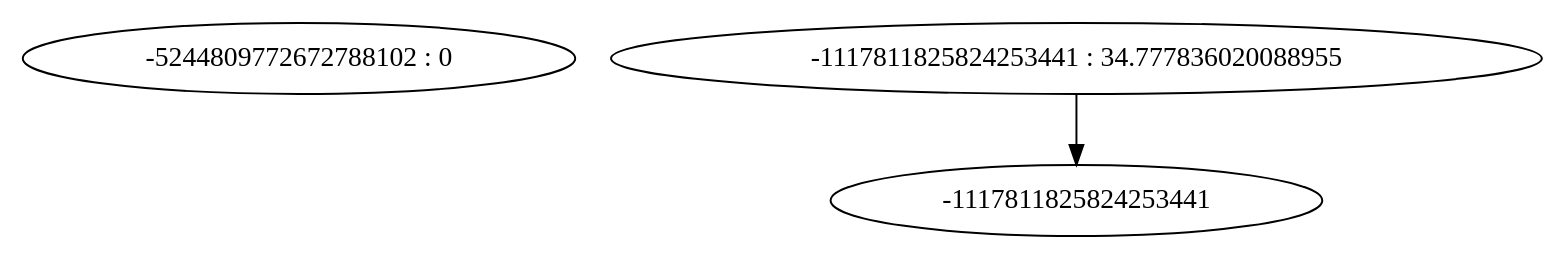
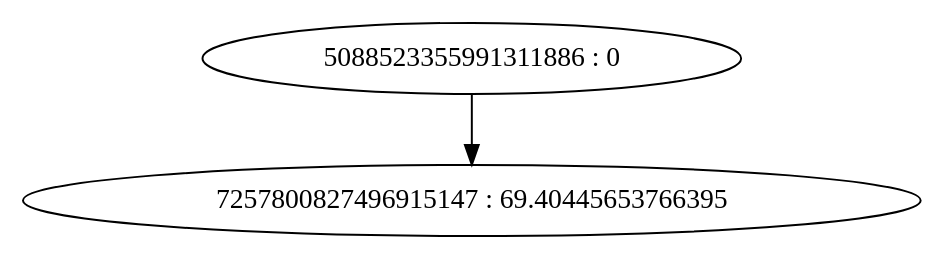
One commit to aka2910/P2P-currency-simulator changed the diagram in plots/tree_15.dot.gv. Above: the diagram before and after it, drawn with Graphviz. The commit also changed 101 other files, not shown here.

```diff
--- a/plots/tree_15.dot.gv
+++ b/plots/tree_15.dot.gv
@@ -1,5 +1,5 @@
 digraph "plots/tree_15.dot" {
-	0 [label="-5244809772672788102 : 0"]
-	1 [label="-1117811825824253441 : 34.777836020088955"]
-	1 -> -1117811825824253441
+	0 [label="5088523355991311886 : 0"]
+	1 [label="7257800827496915147 : 69.40445653766395"]
+	0 -> 1
 }
```
